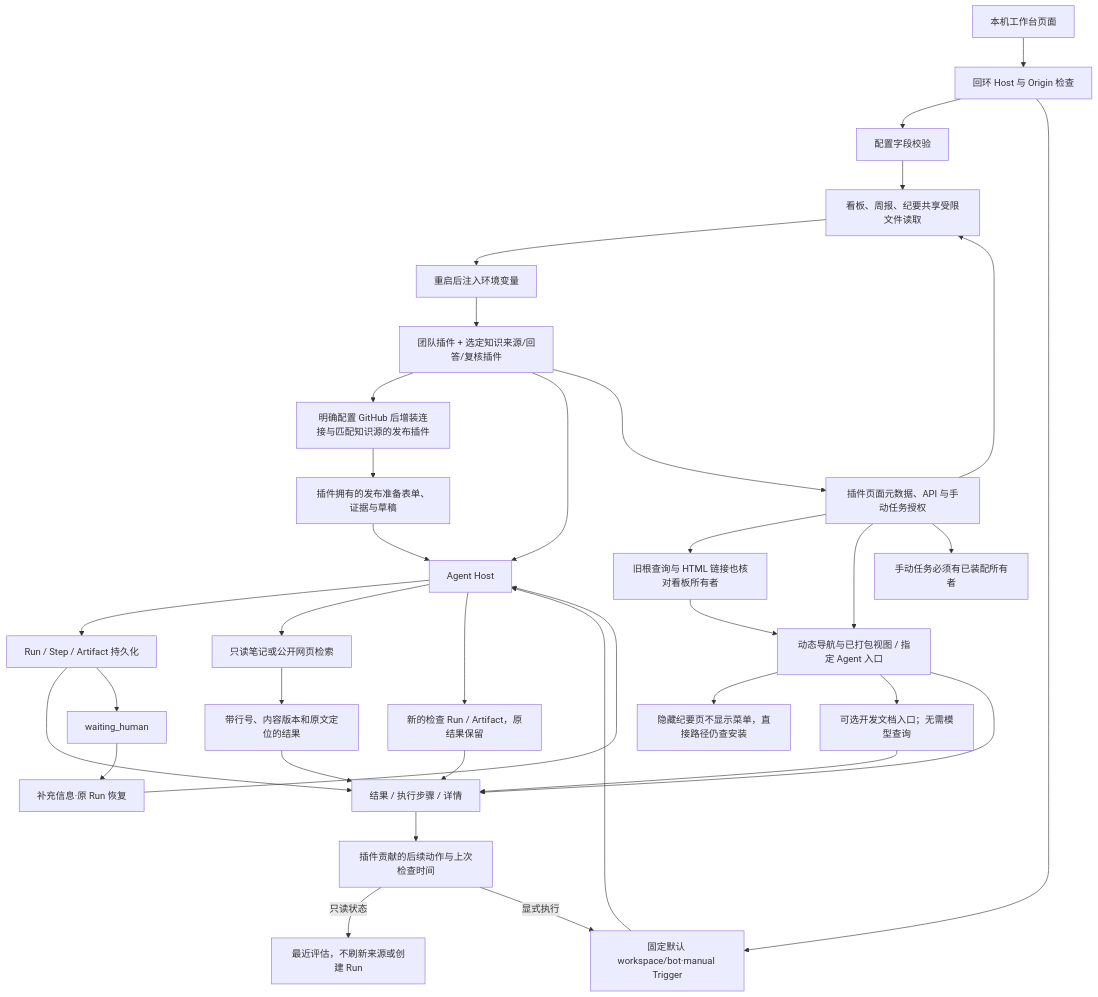
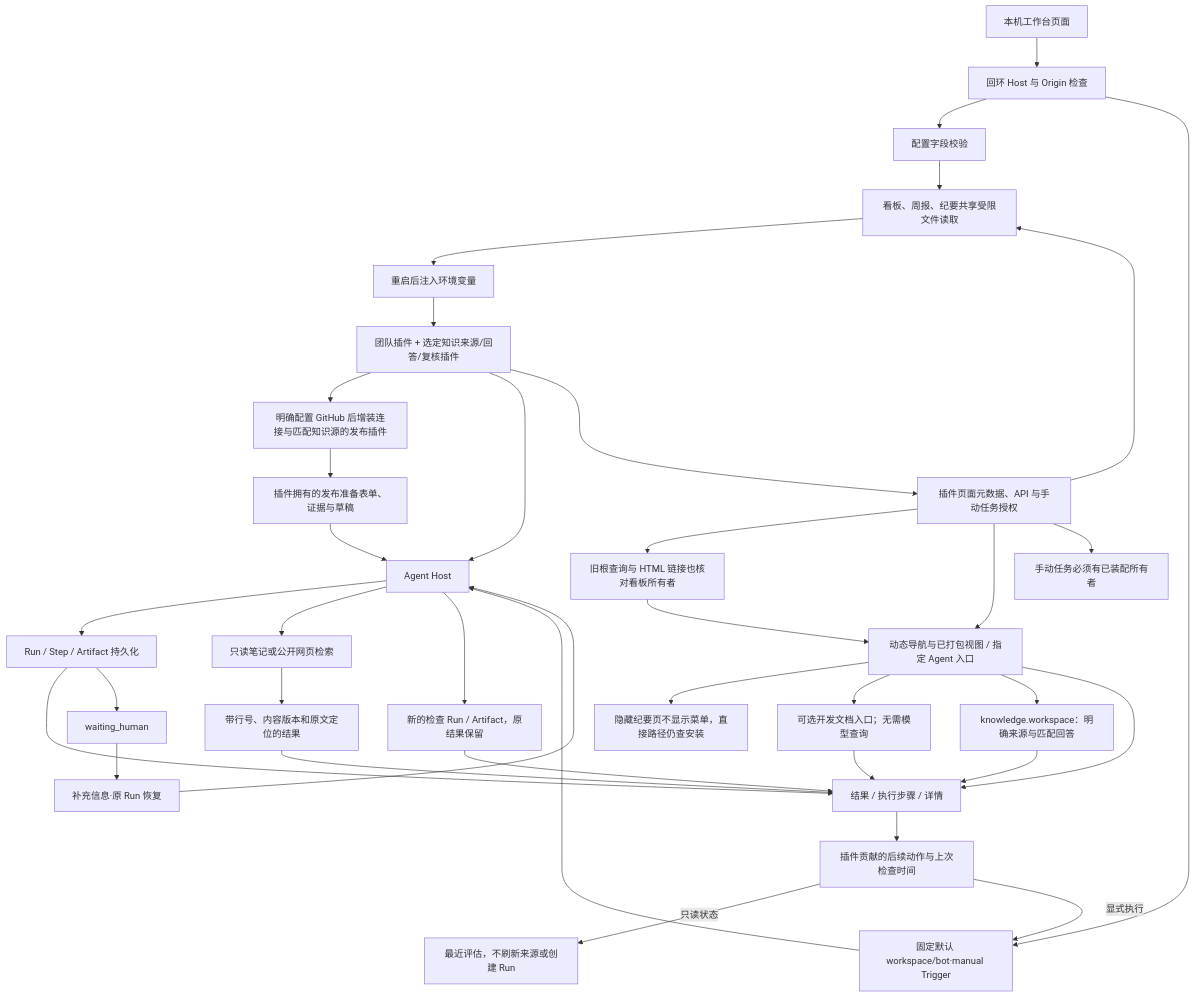
The diagram in backend/src/platform/workspace/FEATURE.md (KlayPeter/AI-Delivery-Ops-Agent), drawn with Mermaid before and after one commit. The commit also changed other lines of this file and 25 other files, not shown here.

Commit message:
feat: make the knowledge workspace an optional plugin

````diff
--- a/backend/src/platform/workspace/FEATURE.md
+++ b/backend/src/platform/workspace/FEATURE.md
@@ -19,37 +19,39 @@
 ```mermaid
 flowchart TD
     UI[本机工作台页面] --> G[回环 Host 与 Origin 检查]
     G --> CFG[配置字段校验]
     CFG --> FILE[connections.json 原子写入·0600]
     FILE --> BOOT[重启后注入环境变量]
     BOOT --> PL[团队插件 + 选定知识来源/回答/复核插件]
     PL --> GH[明确配置 GitHub 后增装连接与匹配知识源的发布插件]
     GH --> RP[插件拥有的发布准备表单、证据与草稿]
     RP --> H
     PL --> H[Agent Host]
     G --> T[固定默认 workspace/bot·manual Trigger]
     T --> H
     H --> R[Run / Step / Artifact 持久化]
     R --> V[结果 / 执行步骤 / 详情]
     R --> WAIT[waiting_human]
     WAIT --> REPLY[补充信息·原 Run 恢复]
     REPLY --> H
     H --> K[只读笔记或公开网页检索]
     K --> EV[带行号、内容版本和原文定位的结果]
     EV --> V
     PL --> WEB[插件页面元数据、API 与手动任务授权]
     WEB --> ALIAS[旧根查询与 HTML 链接也核对看板所有者]
     ALIAS --> NAV
     WEB --> NAV[动态导航与已打包视图 / 指定 Agent 入口]
     NAV --> HIDDEN[隐藏纪要页不显示菜单，直接路径仍查安装]
     WEB --> FILE[看板、周报、纪要共享受限文件读取]
     NAV --> C7[可选开发文档入口；无需模型查询]
     C7 --> V
+    NAV --> KW[knowledge.workspace：明确来源与匹配回答]
+    KW --> V
     NAV --> V
     WEB --> JOBS[手动任务必须有已装配所有者]
     V --> ACT[插件贡献的后续动作与上次检查时间]
     ACT -- 只读状态 --> KV[最近评估，不刷新来源或创建 Run]
     ACT -- 显式执行 --> T
     H --> CHECK[新的检查 Run / Artifact，原结果保留]
     CHECK --> V
 ```
````
